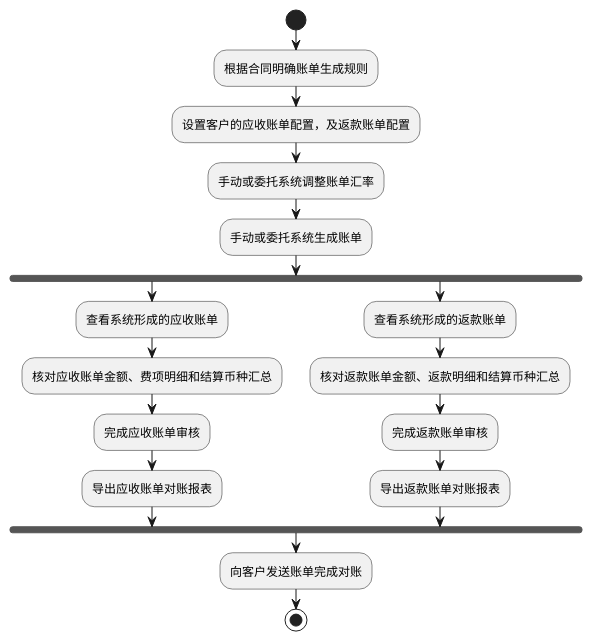
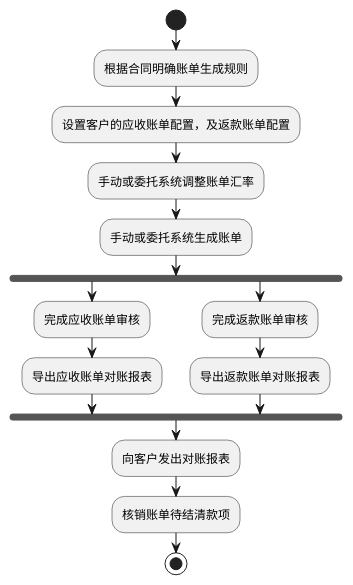
Before and after one commit to jack888332/projects-doc: the first of 12 diagrams in product-caliber/bms/prd/财务系统.PRD.md, drawn with PlantUML. The commit also changed other lines of this file and 2 other files, not shown here.

````diff
--- a/product-caliber/bms/prd/财务系统.PRD.md
+++ b/product-caliber/bms/prd/财务系统.PRD.md
@@ -187,22 +152,19 @@
 ```plantuml
 @startuml
 start
 :根据合同明确账单生成规则;
 :设置客户的应收账单配置，及返款账单配置;
 :手动或委托系统调整账单汇率;
 :手动或委托系统生成账单;
 fork
-  :查看系统形成的应收账单;
-  :核对应收账单金额、费项明细和结算币种汇总;
   :完成应收账单审核;
   :导出应收账单对账报表;
 fork again
-  :查看系统形成的返款账单;
-  :核对返款账单金额、返款明细和结算币种汇总;
   :完成返款账单审核;
   :导出返款账单对账报表;
 end fork
-:向客户发送账单完成对账;
+:向客户发出对账报表;
+:核销账单待结清款项;
 stop
 @enduml
 ```
````
